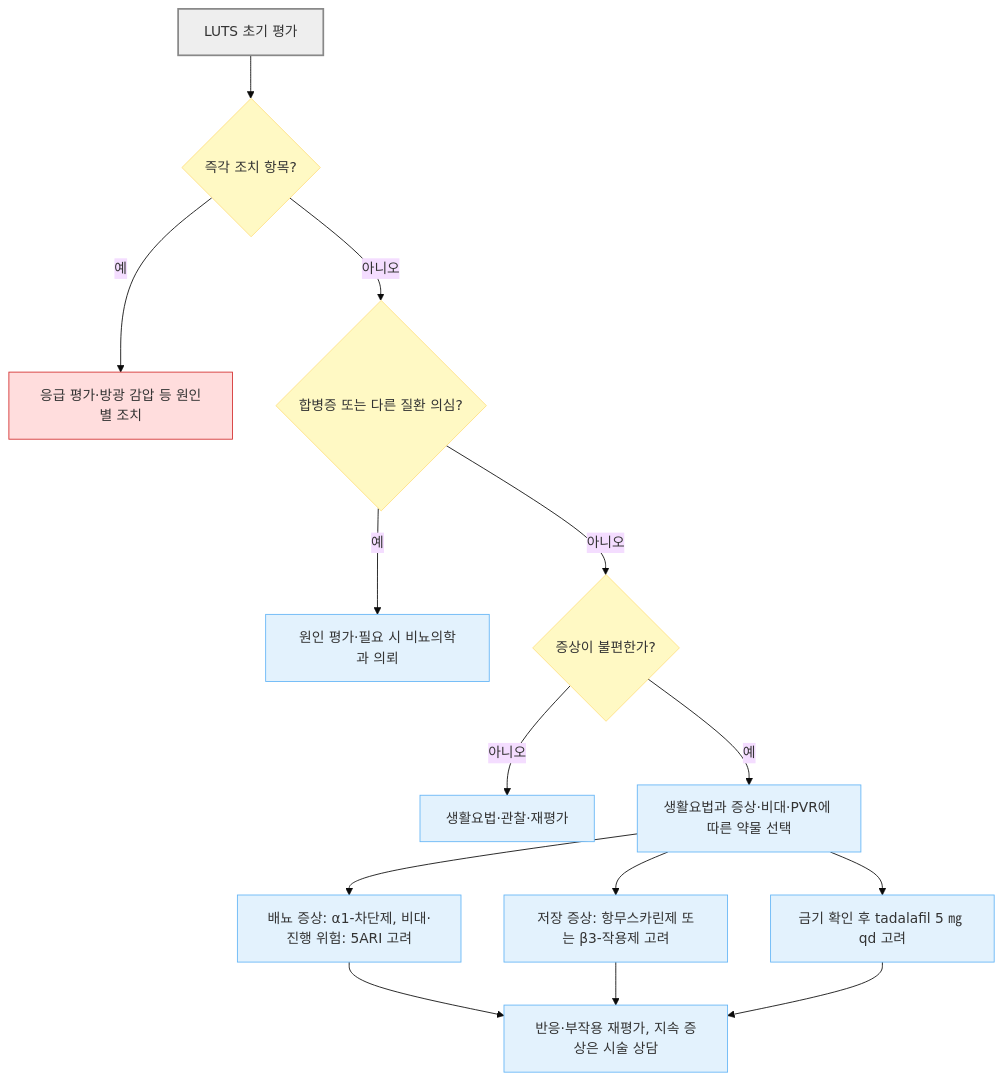
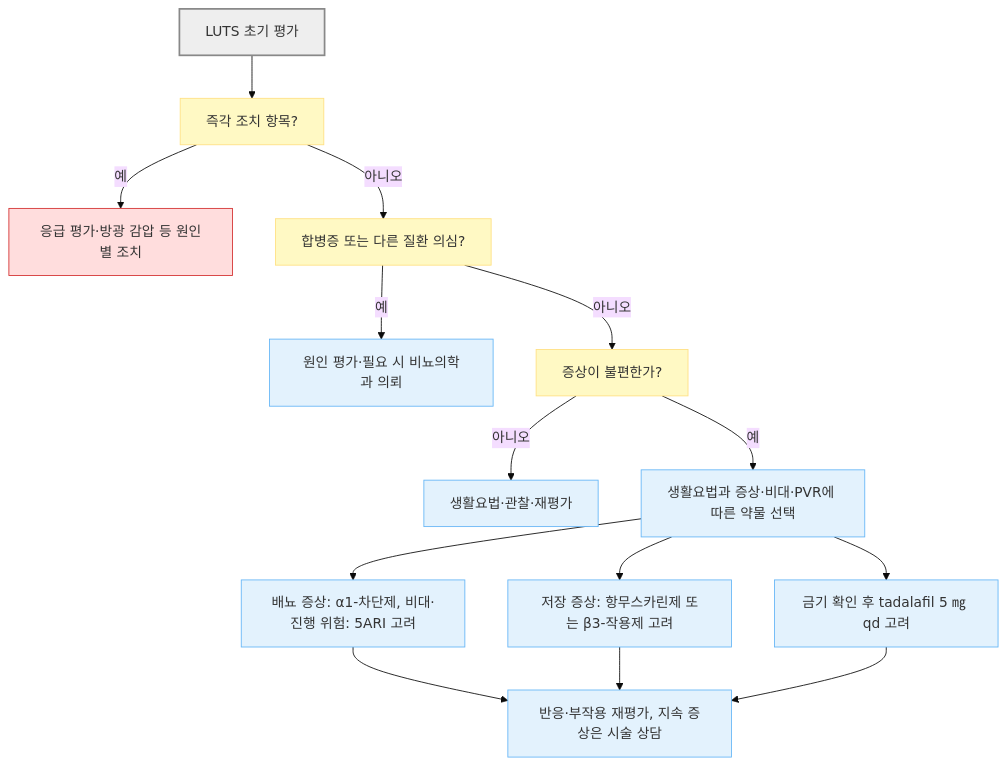
The second of 2 diagrams in 227_/124_-bph.md (familyoh77/familyoh77), drawn with Mermaid (base theme) before and after one commit. The commit also changed other lines of this file, not shown here.

````diff
--- a/227_/124_-bph.md
+++ b/227_/124_-bph.md
@@ -179,24 +199,24 @@
 ```mermaid
 flowchart TD
-    A["LUTS 초기 평가"] --> B{"즉각 조치 항목?"}
+    A["LUTS 초기 평가"] --> B["즉각 조치 항목?"]
     B -- "예" --> C["응급 평가·방광 감압 등 원인별 조치"]
-    B -- "아니오" --> D{"합병증 또는 다른 질환 의심?"}
+    B -- "아니오" --> D["합병증 또는 다른 질환 의심?"]
     D -- "예" --> E["원인 평가·필요 시 비뇨의학과 의뢰"]
-    D -- "아니오" --> F{"증상이 불편한가?"}
+    D -- "아니오" --> F["증상이 불편한가?"]
     F -- "아니오" --> G["생활요법·관찰·재평가"]
     F -- "예" --> H["생활요법과 증상·비대·PVR에 따른 약물 선택"]
     H --> I["배뇨 증상: α1-차단제, 비대·진행 위험: 5ARI 고려"]
     H --> J["저장 증상: 항무스카린제 또는 β3-작용제 고려"]
     H --> K["금기 확인 후 tadalafil 5 ㎎ qd 고려"]
     I --> L["반응·부작용 재평가, 지속 증상은 시술 상담"]
     J --> L
     K --> L
     classDef start fill:#eeeeee,stroke:#888888,stroke-width:2px
     classDef question fill:#fff9c4,stroke:#ffe082
     classDef emergency fill:#ffdddd,stroke:#d32f2f
     classDef care fill:#e3f2fd,stroke:#64b5f6
     class A start
     class B,D,F question
     class C emergency
     class E,G,H,I,J,K,L care
 ```
````
